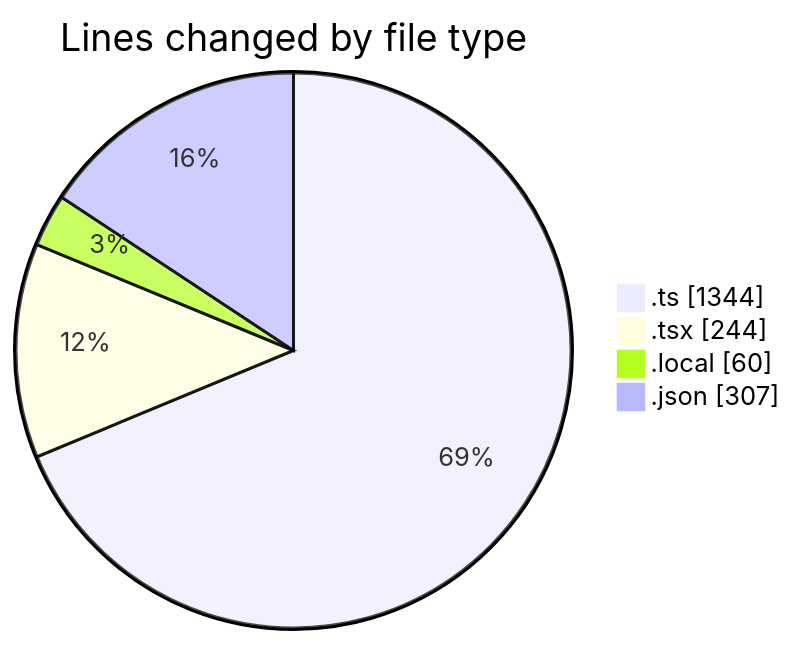
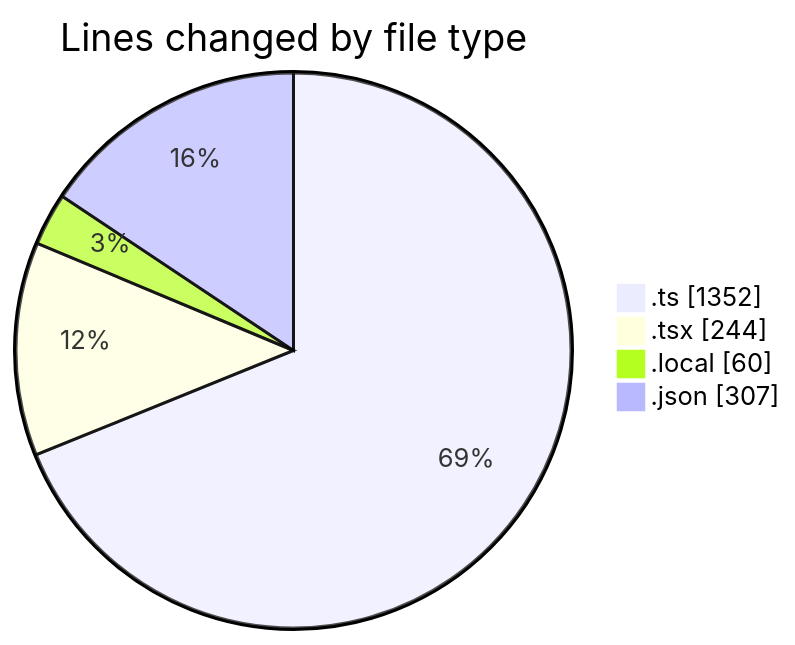
One commit to julien-gomy/code-tracking changed the first of 2 diagrams in 2025-11-26/eventscop-frontend-guide__workspace_/README.md. Above: the diagram before and after it, drawn with Mermaid. The commit also changed other lines of this file and 1 other file, not shown here.

````diff
--- a/2025-11-26/eventscop-frontend-guide__workspace_/README.md
+++ b/2025-11-26/eventscop-frontend-guide__workspace_/README.md
@@ -27,8 +27,8 @@
 ```mermaid
 pie showData
 title Lines changed by file type
-".ts" : 1344
+".ts" : 1352
 ".tsx" : 244
 ".local" : 60
 ".json" : 307
 ```
````
